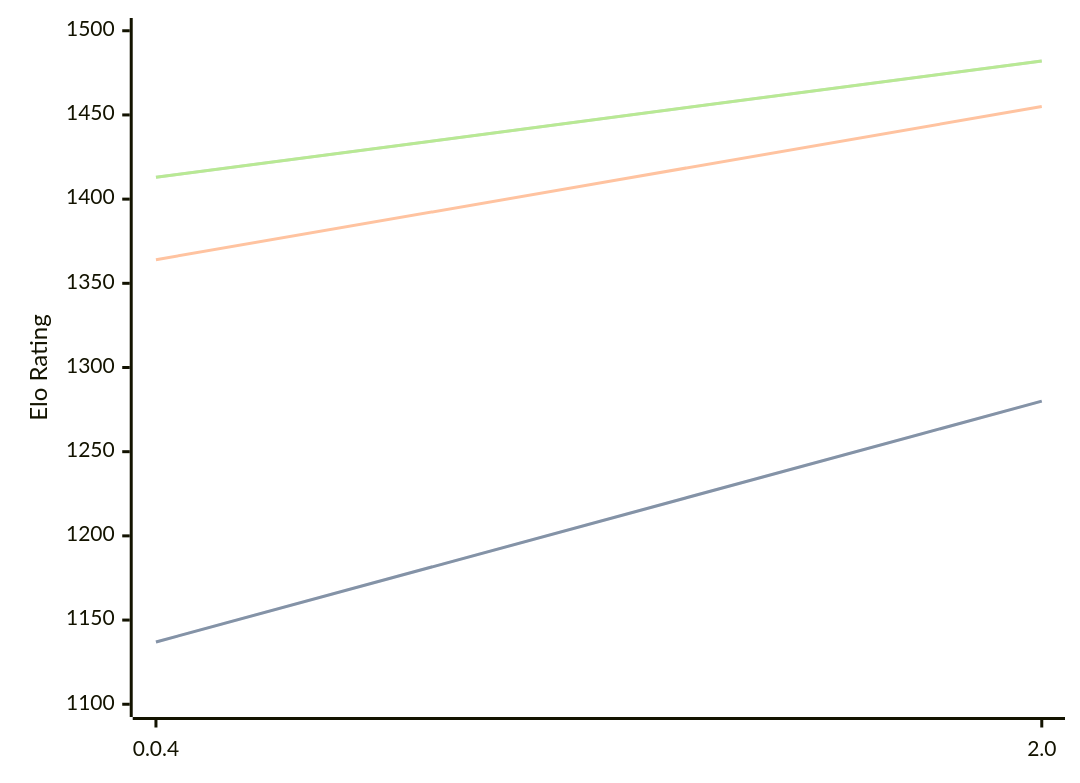
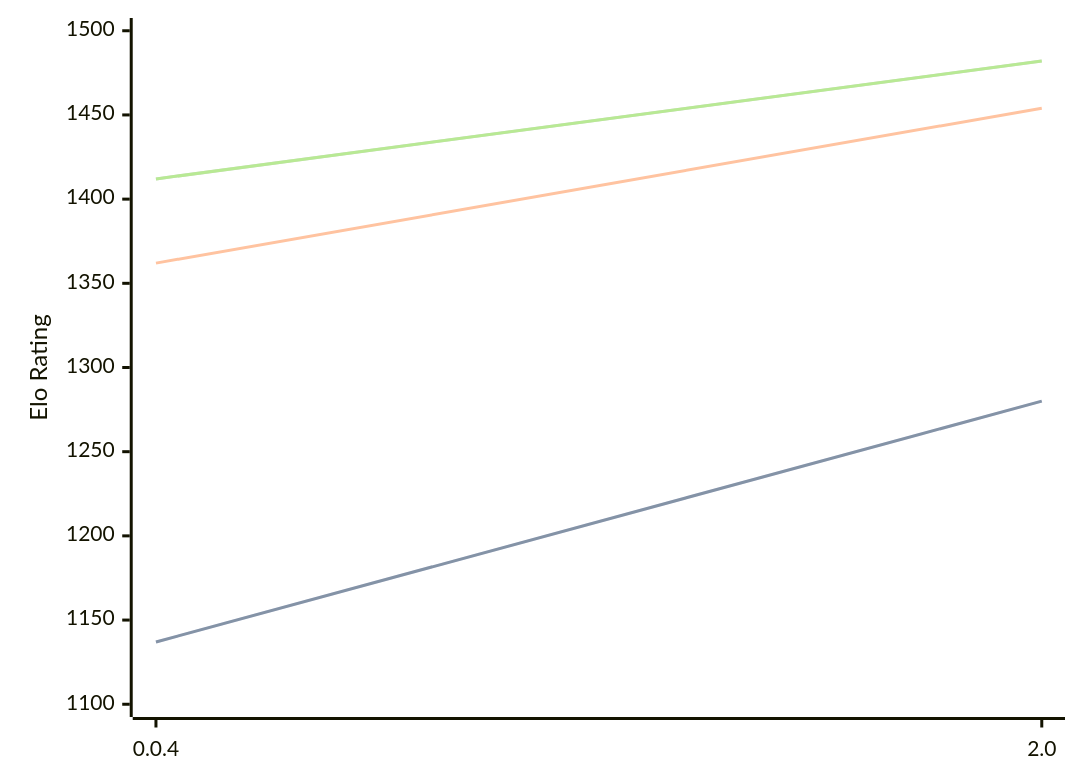
Before and after one commit to computer-chess-index/cci: the diagram in engines/Oops!Mate.md, drawn with Mermaid. The commit also changed other lines of this file, not shown here.

Commit message:
Update CCI Ratings (ELO VLTC) - 2026-09-03

````diff
--- a/engines/Oops!Mate.md
+++ b/engines/Oops!Mate.md
@@ -33,11 +33,11 @@
 ```mermaid
 %%{init: {"theme":"base","themeVariables":{"seriesColors:['#a3a3a3','#222221','#faa371']}}}%%
 xychart-beta
   x-axis ["0.0.4", "2.0"]
   y-axis "Elo Rating" 1100 --> 1500
   line "" [1137, 1280]
   line "STC (8.0+0.08s)" [1137, 1280]
-  line "LTC (60.0+0.60s)" [1364, 1455]
-  line "" [1413, 1482]
-  line "VLTC (2m24s+1.12s)" [1413, 1482]
+  line "LTC (60.0+0.60s)" [1362, 1454]
+  line "" [1412, 1482]
+  line "VLTC (2m24s+1.12s)" [1412, 1482]
 ```
````
